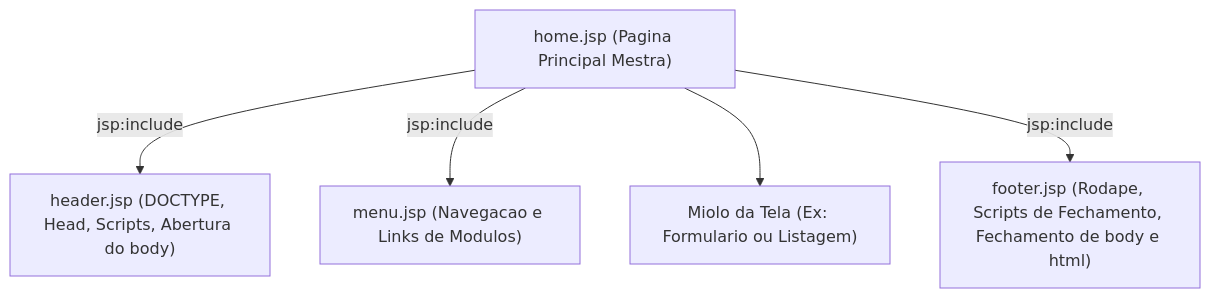
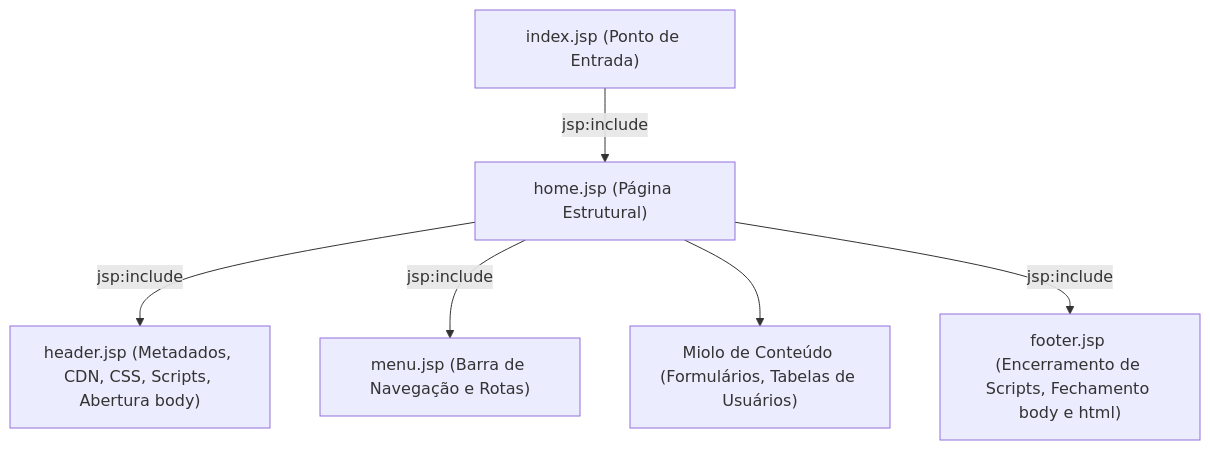
One commit to murilolol/unifef changed the fifth of 19 diagrams in 3º Semestre/[Prof. Jefferson Passerini] Laboratório de Programação III/Resumos-IA/Caderno-Consolidado.md. Above: the diagram before and after it, drawn with Mermaid. The commit also changed other lines of this file and 25 other files, not shown here.

````diff
--- a/3º Semestre/[Prof. Jefferson Passerini] Laboratório de Programação III/Resumos-IA/Caderno-Consolidado.md
+++ b/3º Semestre/[Prof. Jefferson Passerini] Laboratório de Programação III/Resumos-IA/Caderno-Consolidado.md
@@ -669,13 +290,8 @@
 ```mermaid
 flowchart TD
-    Home["home.jsp (Pagina Principal Mestra)"]
-    Header["header.jsp (DOCTYPE, Head, Scripts, Abertura do body)"]
-    Menu["menu.jsp (Navegacao e Links de Modulos)"]
-    Corpo["Miolo da Tela (Ex: Formulario ou Listagem)"]
-    Footer["footer.jsp (Rodape, Scripts de Fechamento, Fechamento de body e html)"]
-
-    Home -->|"jsp:include"| Header
-    Home -->|"jsp:include"| Menu
-    Home --> Corpo
-    Home -->|"jsp:include"| Footer
+    Index["index.jsp (Ponto de Entrada)"] -->|"jsp:include"| Home["home.jsp (Página Estrutural)"]
+    Home -->|"jsp:include"| Header["header.jsp (Metadados, CDN, CSS, Scripts, Abertura body)"]
+    Home -->|"jsp:include"| Menu["menu.jsp (Barra de Navegação e Rotas)"]
+    Home --> Content["Miolo de Conteúdo (Formulários, Tabelas de Usuários)"]
+    Home -->|"jsp:include"| Footer["footer.jsp (Encerramento de Scripts, Fechamento body e html)"]
 ```
````
